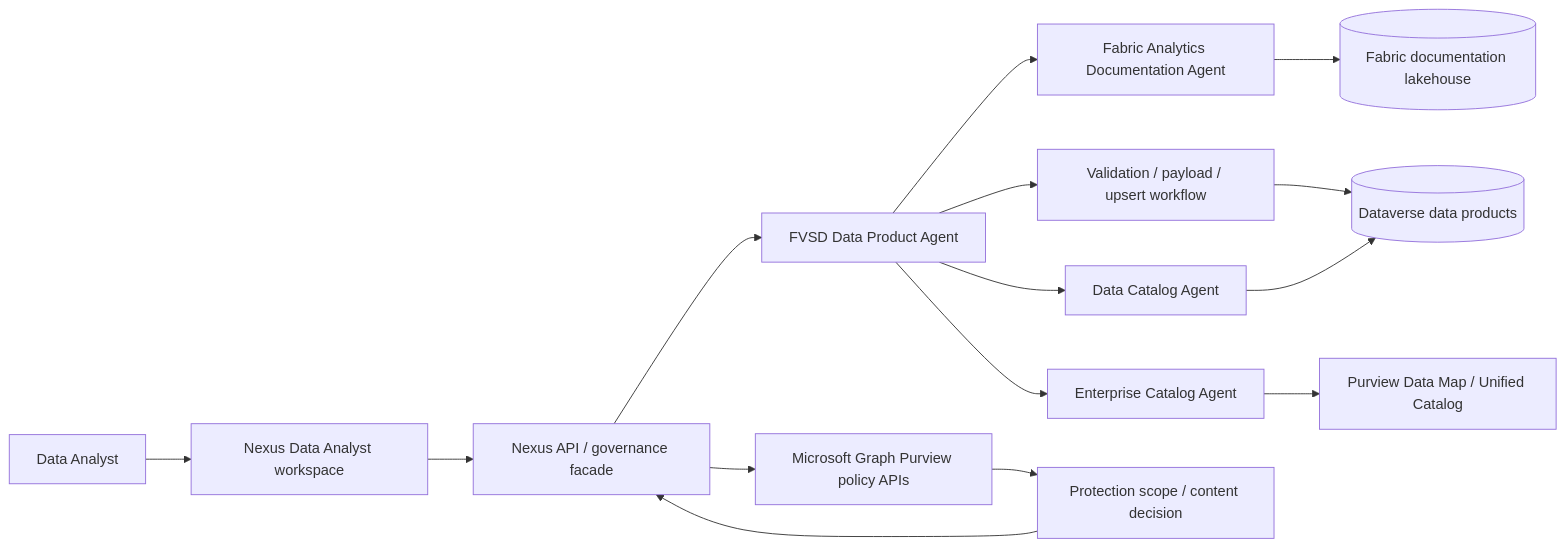
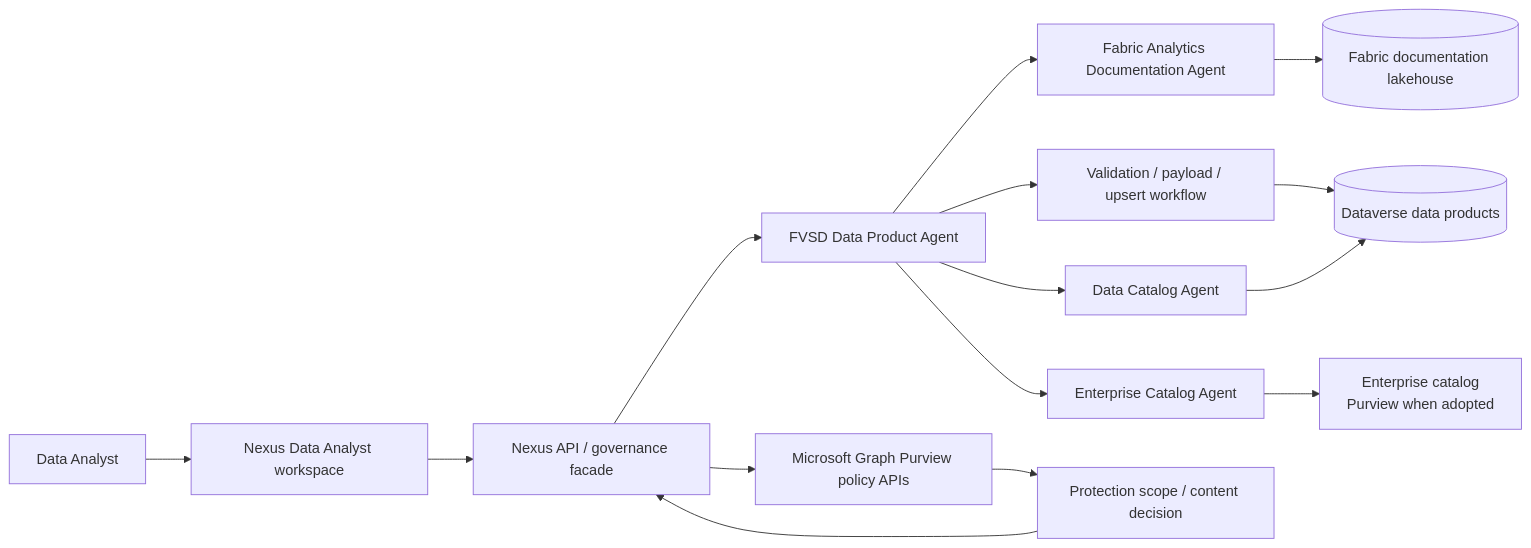
The first of 2 diagrams in docs/architecture/purview-governance.md (skmckenFVSD/FVSD-Nexus), drawn with Mermaid before and after one commit. The commit also changed other lines of this file and 45 other files, not shown here.

Commit message:
feat: add modular IEP workspace and product roadmap

````diff
--- a/docs/architecture/purview-governance.md
+++ b/docs/architecture/purview-governance.md
@@ -11,20 +11,20 @@
 ```mermaid
 flowchart LR
     DA[Data Analyst] --> NX[Nexus Data Analyst workspace]
     NX --> BFF[Nexus API / governance facade]
 
     BFF --> DPA[FVSD Data Product Agent]
     DPA --> DOC[Fabric Analytics Documentation Agent]
     DPA --> REG[Validation / payload / upsert workflow]
     DPA --> CAT[Data Catalog Agent]
     DPA --> ENT[Enterprise Catalog Agent]
 
     DOC --> FAB[(Fabric documentation lakehouse)]
     REG --> DV[(Dataverse data products)]
     CAT --> DV
-    ENT --> PUR[Purview Data Map / Unified Catalog]
+    ENT --> PUR[Enterprise catalog<br/>Purview when adopted]
 
     BFF --> GRAPH[Microsoft Graph Purview policy APIs]
     GRAPH --> POLICY[Protection scope / content decision]
     POLICY --> BFF
 ```
````
